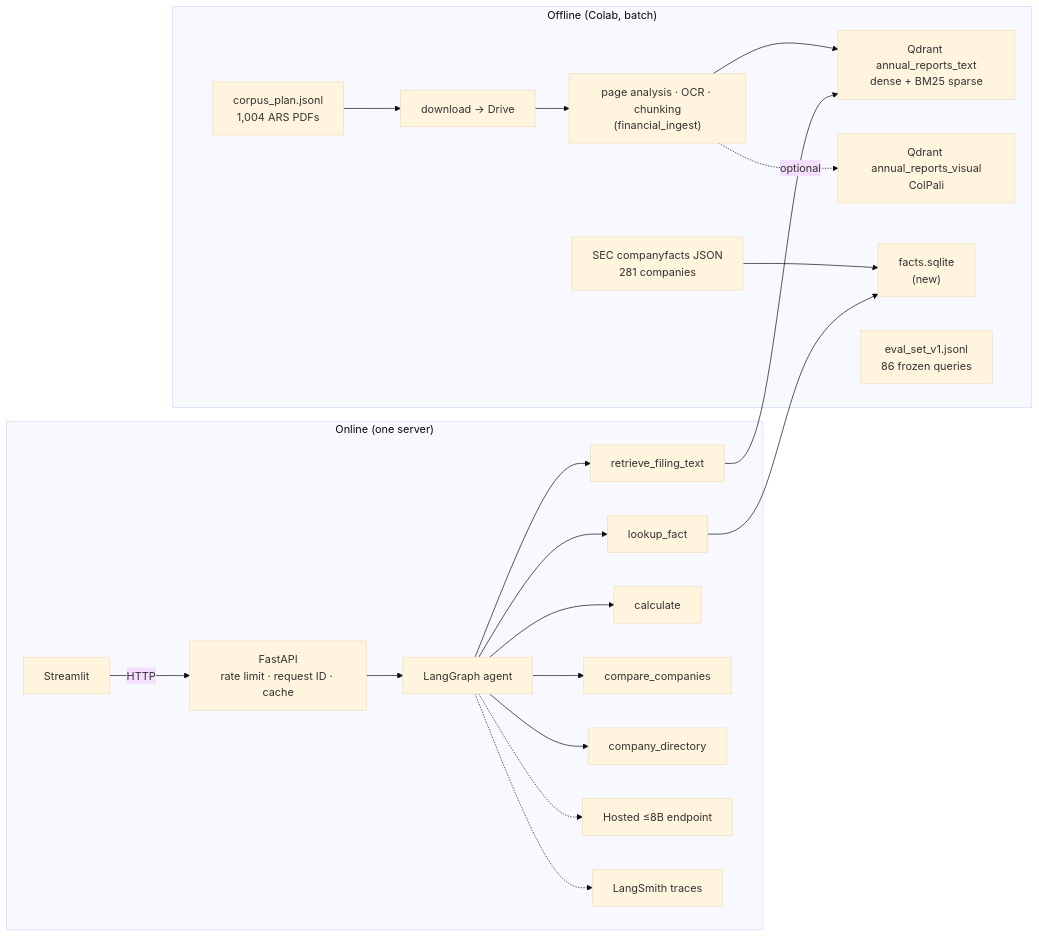
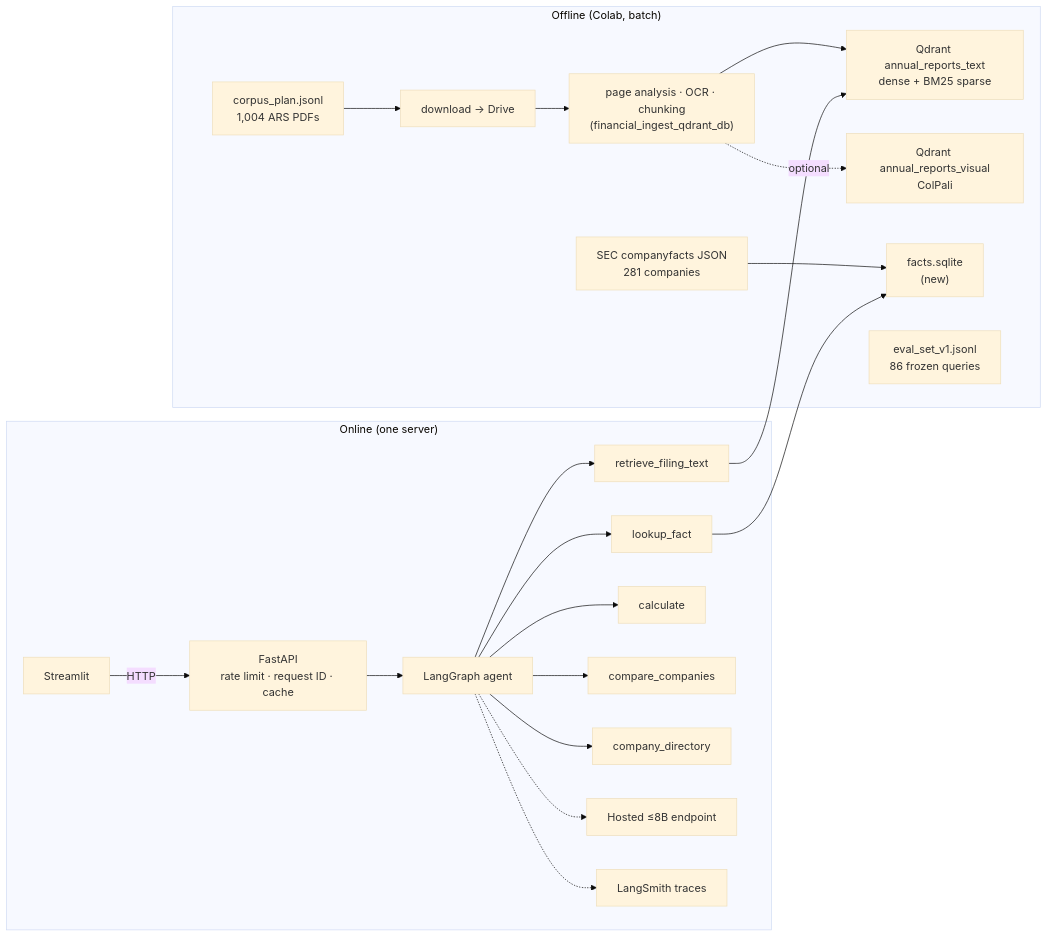
One commit to rama159065/Capstone changed the diagram in docs/capstone_implementation_plan.md. Above: the diagram before and after it, drawn with Mermaid (base theme). The commit also changed other lines of this file and 40 other files, not shown here.

````diff
--- a/docs/capstone_implementation_plan.md
+++ b/docs/capstone_implementation_plan.md
@@ -109,24 +109,24 @@
 ```mermaid
 flowchart LR
   subgraph Offline["Offline (Colab, batch)"]
     Plan["corpus_plan.jsonl<br>1,004 ARS PDFs"] --> DL["download → Drive"]
-    DL --> Ingest["page analysis · OCR · chunking<br>(financial_ingest)"]
+    DL --> Ingest["page analysis · OCR · chunking<br>(financial_ingest_qdrant_db)"]
     Ingest --> QT["Qdrant annual_reports_text<br>dense + BM25 sparse"]
     Ingest -. optional .-> QV["Qdrant annual_reports_visual<br>ColPali"]
     XBRL["SEC companyfacts JSON<br>281 companies"] --> Facts["facts.sqlite<br>(new)"]
     Eval["eval_set_v1.jsonl<br>86 frozen queries"]
   end
   subgraph Online["Online (one server)"]
     UI["Streamlit"] -->|HTTP| API["FastAPI<br>rate limit · request ID · cache"]
     API --> G["LangGraph agent"]
     G --> T1["retrieve_filing_text"]
     G --> T2["lookup_fact"]
     G --> T3["calculate"]
     G --> T4["compare_companies"]
     G --> T5["company_directory"]
     T1 --> QT
     T2 --> Facts
     G -.-> LLM["Hosted ≤8B endpoint"]
     G -.-> LS["LangSmith traces"]
   end
 ```
````
